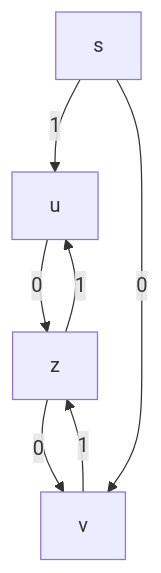
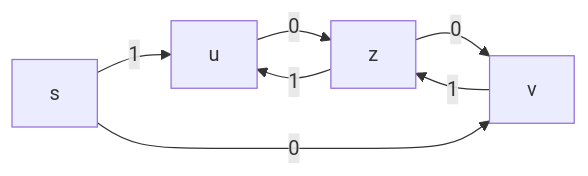
Before and after one commit to unisoft-studio/Translators-lectures: the diagram in 2024-03-01.md, drawn with Mermaid. The commit also changed other lines of this file and 1 other file, not shown here.

Commit message:
made small fixes

````diff
--- a/2024-03-01.md
+++ b/2024-03-01.md
@@ -21,9 +21,9 @@
 ```mermaid
-graph TD;
+graph LR;
     u-->|0| z;
     v-->|1| z;
     z-->|1| u;
     s-->|1| u;
     z-->|0| v;
     s-->|0| v;
 ```
````
